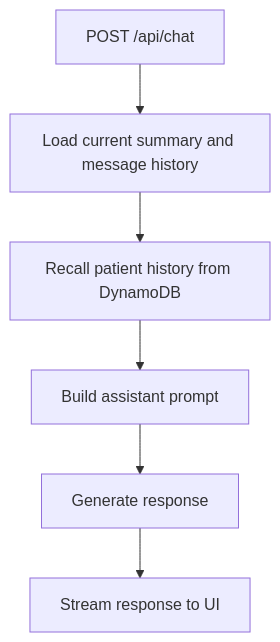
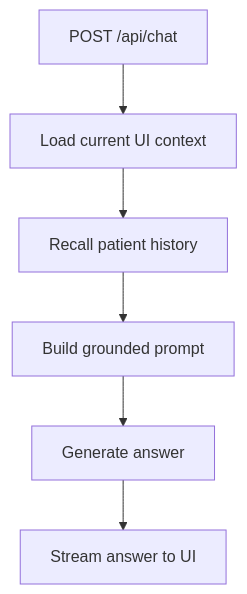
The third of 3 diagrams in ARCHITECTURE.md (rhyegacillos/agents-app), drawn with Mermaid before and after one commit. The commit also changed other lines of this file and 3 other files, not shown here.

Commit message:
Refine healthcare architecture documentation flow

````diff
--- a/ARCHITECTURE.md
+++ b/ARCHITECTURE.md
@@ -376,8 +124,8 @@
 ```mermaid
 flowchart TD
-    A[POST /api/chat] --> B[Load current summary and message history]
-    B --> C[Recall patient history from DynamoDB]
-    C --> D[Build assistant prompt]
-    D --> E[Generate response]
-    E --> F[Stream response to UI]
+    A[POST /api/chat] --> B[Load current UI context]
+    B --> C[Recall patient history]
+    C --> D[Build grounded prompt]
+    D --> E[Generate answer]
+    E --> F[Stream answer to UI]
 ```
````
